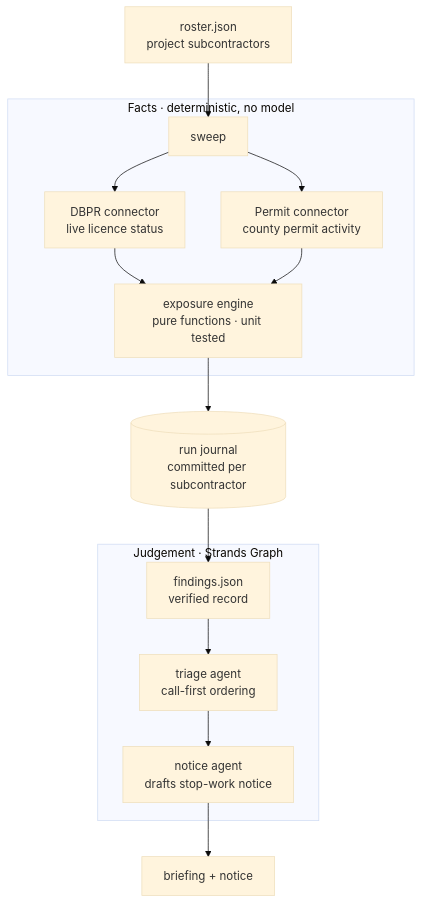
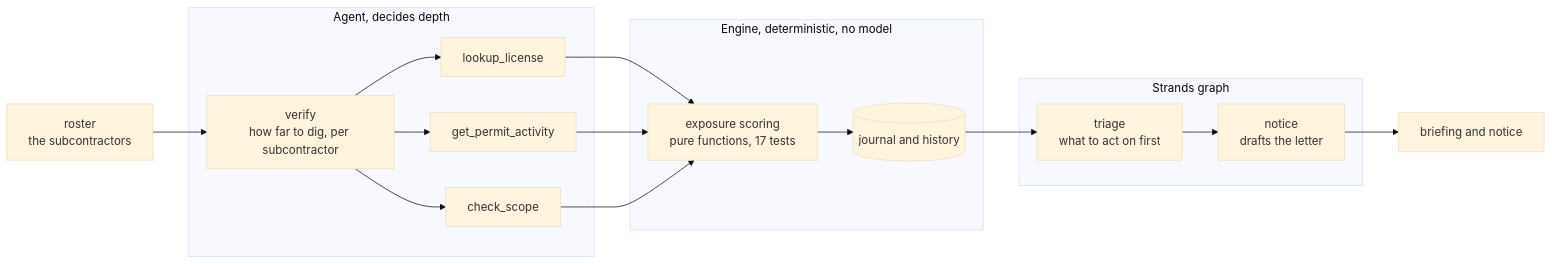
One commit to tomcode1000/Proto changed the diagram in README.md. Above: the diagram before and after it, drawn with Mermaid (base theme). The commit also changed other lines of this file and 7 other files, not shown here.

````diff
--- a/README.md
+++ b/README.md
@@ -56,21 +56,28 @@
 ```mermaid
-flowchart TD
-    R[roster.json<br/>project subcontractors] --> S[sweep]
+flowchart LR
+    R[roster<br/>the subcontractors] --> V
 
-    subgraph facts [Facts · deterministic, no model]
-        S --> D[DBPR connector<br/>live licence status]
-        S --> P[Permit connector<br/>county permit activity]
-        D --> E[exposure engine<br/>pure functions · unit tested]
-        P --> E
+    subgraph agent [Agent, decides depth]
+        V[verify<br/>how far to dig, per subcontractor]
+        V --> T1[lookup_license]
+        V --> T2[get_permit_activity]
+        V --> T3[check_scope]
     end
 
-    E --> J[(run journal<br/>committed per subcontractor)]
-    J --> F[findings.json<br/>verified record]
+    T1 --> E
+    T2 --> E
+    T3 --> E
 
-    subgraph agents [Judgement · Strands Graph]
-        F --> T[triage agent<br/>call-first ordering]
-        T --> N[notice agent<br/>drafts stop-work notice]
+    subgraph engine [Engine, deterministic, no model]
+        E[exposure scoring<br/>pure functions, 17 tests]
+        E --> J[(journal and history)]
     end
 
-    N --> O[briefing + notice]
+    J --> G
+
+    subgraph graph [Strands graph]
+        G[triage<br/>what to act on first] --> N[notice<br/>drafts the letter]
+    end
+
+    N --> O[briefing and notice]
 ```
````
